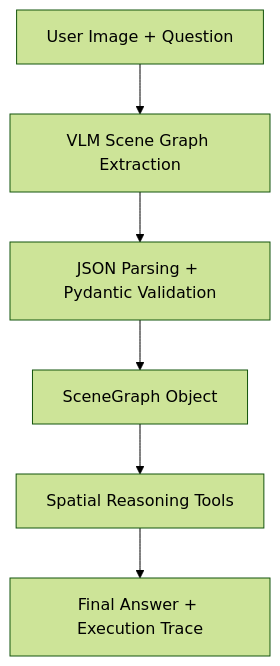
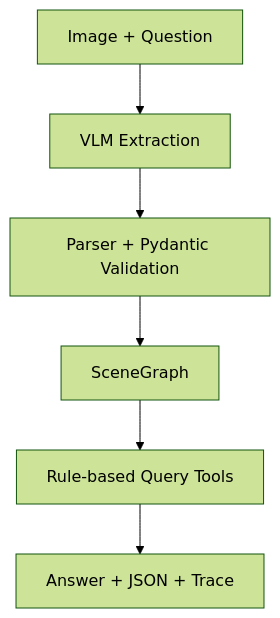
Before and after one commit to Y-Claireo78/spatial-vlm-agent: the diagram in README.md, drawn with Mermaid (forest theme). The commit also changed other lines of this file, not shown here.

````diff
--- a/README.md
+++ b/README.md
@@ -19,8 +17,9 @@
 ```mermaid
 graph TD
-    A[User Image + Question] --> B[VLM Scene Graph Extraction]
-    B --> C[JSON Parsing + Pydantic Validation]
-    C --> D[SceneGraph Object]
-    D --> E[Spatial Reasoning Tools]
-    E --> F[Final Answer + Execution Trace]
+    A[Image + Question] --> B[VLM Extraction]
+    B --> C[Parser + Pydantic Validation]
+    C --> D[SceneGraph]
+    D --> E[Rule-based Query Tools]
+    E --> F[Answer + JSON + Trace]
+
 ```
````
